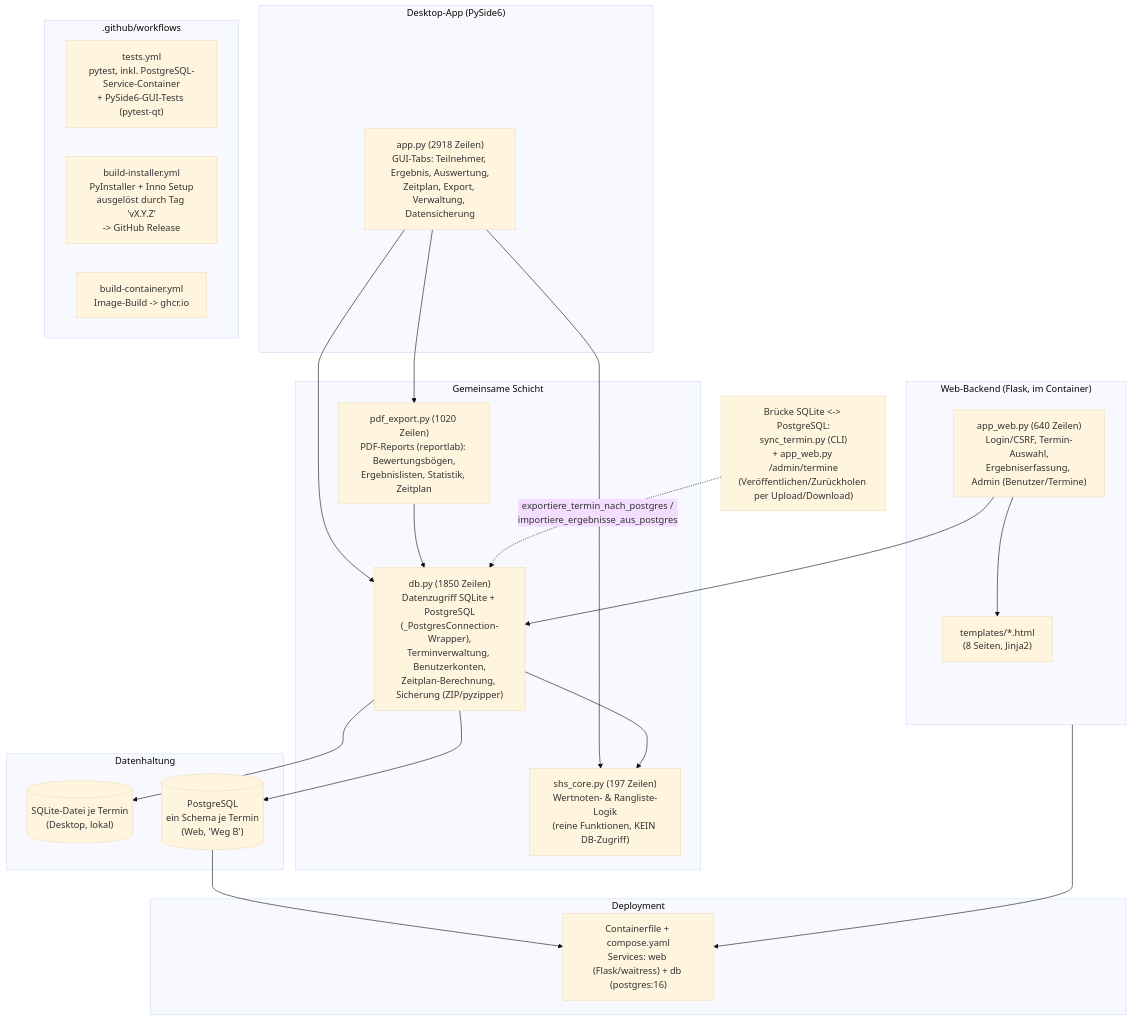
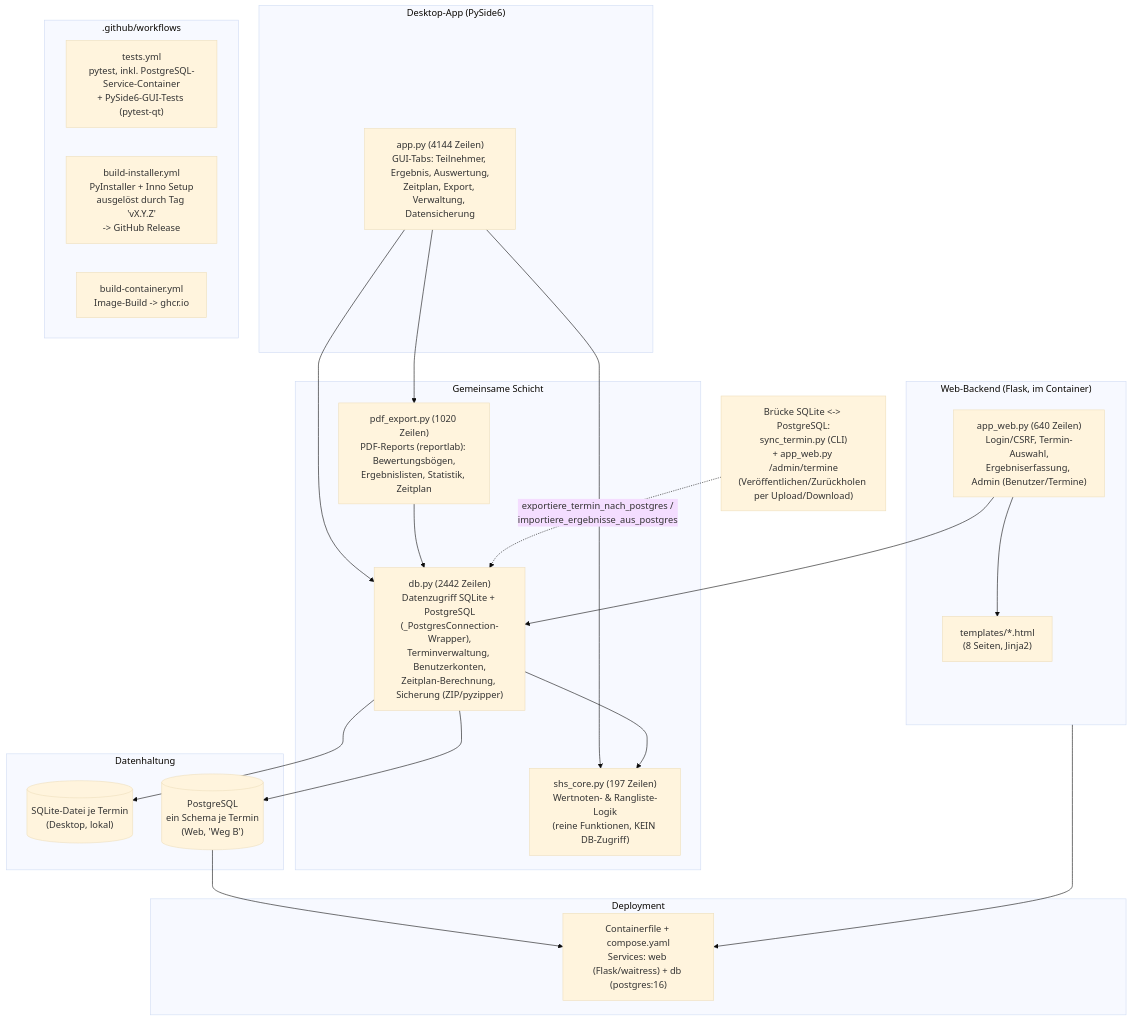
The diagram in Architektur.md (mbruver-source/SHS), drawn with Mermaid (base theme) before and after one commit. The commit also changed other lines of this file and 14 other files, not shown here.

````diff
--- a/Architektur.md
+++ b/Architektur.md
@@ -23,47 +23,47 @@
 ```mermaid
 flowchart TB
     subgraph Desktop["Desktop-App (PySide6)"]
-        AppPy["app.py (2918 Zeilen)<br/>GUI-Tabs: Teilnehmer, Ergebnis, Auswertung,<br/>Zeitplan, Export, Verwaltung, Datensicherung"]
+        AppPy["app.py (4144 Zeilen)<br/>GUI-Tabs: Teilnehmer, Ergebnis, Auswertung,<br/>Zeitplan, Export, Verwaltung, Datensicherung"]
     end
 
     subgraph WebBackend["Web-Backend (Flask, im Container)"]
         AppWeb["app_web.py (640 Zeilen)<br/>Login/CSRF, Termin-Auswahl,<br/>Ergebniserfassung, Admin (Benutzer/Termine)"]
         Templates["templates/*.html<br/>(8 Seiten, Jinja2)"]
     end
 
     subgraph Shared["Gemeinsame Schicht"]
-        DbPy["db.py (1850 Zeilen)<br/>Datenzugriff SQLite + PostgreSQL<br/>(_PostgresConnection-Wrapper),<br/>Terminverwaltung, Benutzerkonten,<br/>Zeitplan-Berechnung, Sicherung (ZIP/pyzipper)"]
+        DbPy["db.py (2442 Zeilen)<br/>Datenzugriff SQLite + PostgreSQL<br/>(_PostgresConnection-Wrapper),<br/>Terminverwaltung, Benutzerkonten,<br/>Zeitplan-Berechnung, Sicherung (ZIP/pyzipper)"]
         ShsCore["shs_core.py (197 Zeilen)<br/>Wertnoten- &amp; Rangliste-Logik<br/>(reine Funktionen, KEIN DB-Zugriff)"]
         PdfExport["pdf_export.py (1020 Zeilen)<br/>PDF-Reports (reportlab): Bewertungsbögen,<br/>Ergebnislisten, Statistik, Zeitplan"]
     end
 
     subgraph Stores["Datenhaltung"]
         Sqlite[("SQLite-Datei je Termin<br/>(Desktop, lokal)")]
         Postgres[("PostgreSQL<br/>ein Schema je Termin<br/>(Web, 'Weg B')")]
     end
 
     Sync["Brücke SQLite &lt;-&gt; PostgreSQL:<br/>sync_termin.py (CLI)<br/>+ app_web.py /admin/termine<br/>(Veröffentlichen/Zurückholen per Upload/Download)"]
 
     AppPy --> DbPy
     AppPy --> ShsCore
     AppPy --> PdfExport
     AppWeb --> DbPy
     AppWeb --> Templates
     DbPy --> ShsCore
     PdfExport --> DbPy
     DbPy --> Sqlite
     DbPy --> Postgres
     Sync -.exportiere_termin_nach_postgres /<br/>importiere_ergebnisse_aus_postgres.-> DbPy
 
     subgraph Deploy["Deployment"]
         Container["Containerfile + compose.yaml<br/>Services: web (Flask/waitress) + db (postgres:16)"]
     end
     subgraph CI[".github/workflows"]
         Tests["tests.yml<br/>pytest, inkl. PostgreSQL-Service-Container<br/>+ PySide6-GUI-Tests (pytest-qt)"]
         Installer["build-installer.yml<br/>PyInstaller + Inno Setup<br/>ausgelöst durch Tag 'vX.Y.Z'<br/>-> GitHub Release"]
         ContainerBuild["build-container.yml<br/>Image-Build -> ghcr.io"]
     end
 
     WebBackend --> Container
     Postgres --> Container
 ```
````
